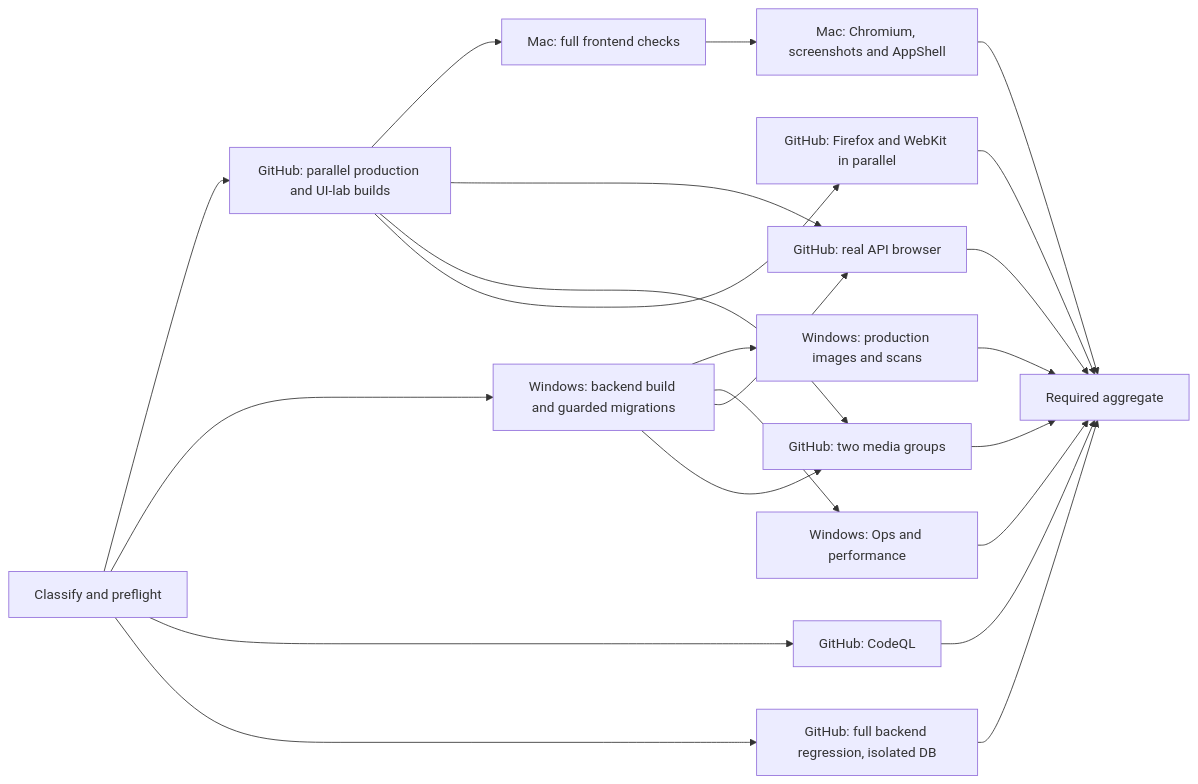
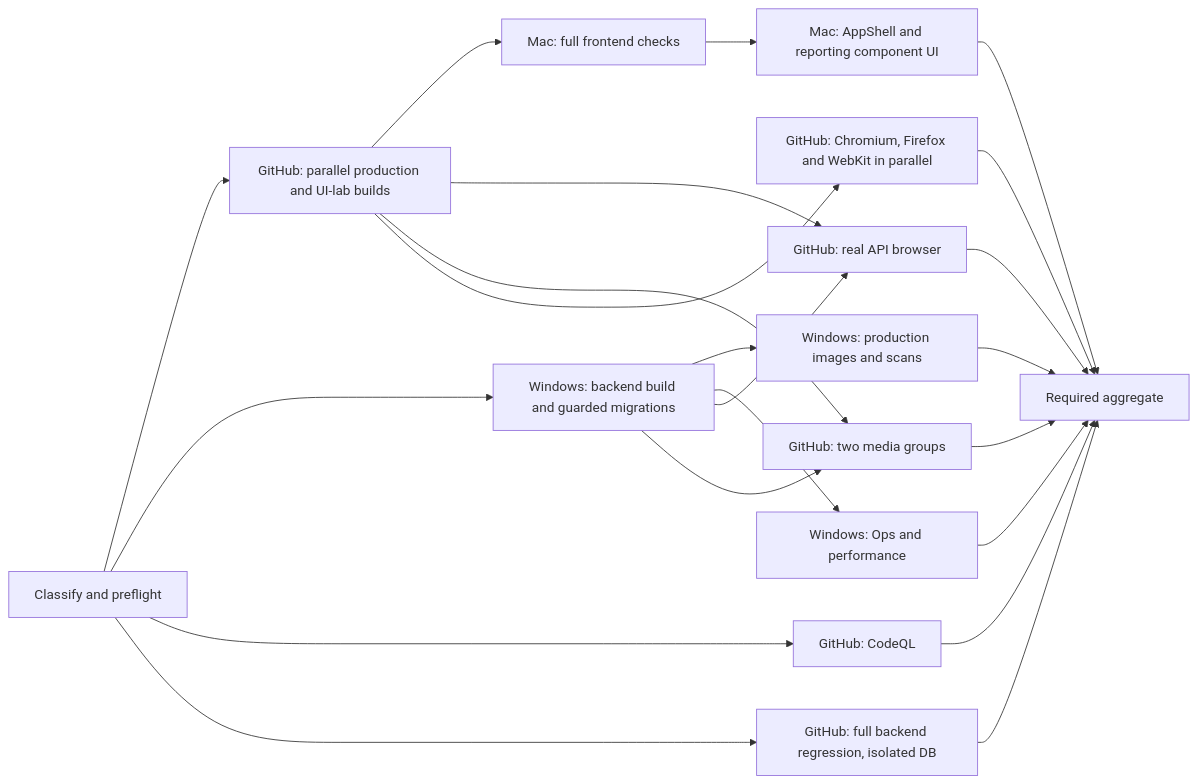
Before and after one commit to caohuibj/eduK12-new-version: the diagram in docs/ci-runner-policy.md, drawn with Mermaid. The commit also changed other lines of this file and 2 other files, not shown here.

Commit message:
ci: parallelize heavy Chromium matrices while keeping Mac component checks

````diff
--- a/docs/ci-runner-policy.md
+++ b/docs/ci-runner-policy.md
@@ -34,24 +34,24 @@
 ```mermaid
 flowchart LR
   S[Classify and preflight] --> FB[GitHub: parallel production and UI-lab builds]
   FB --> FC[Mac: full frontend checks]
-  FC --> UI[Mac: Chromium, screenshots and AppShell]
+  FC --> UI[Mac: AppShell and reporting component UI]
   S --> BB[Windows: backend build and guarded migrations]
   BB --> IM[Windows: production images and scans]
   BB --> OP[Windows: Ops and performance]
   S --> Q[GitHub: CodeQL]
   S --> R[GitHub: full backend regression, isolated DB]
   FB --> API[GitHub: real API browser]
   BB --> API
   FB --> ME[GitHub: two media groups]
   BB --> ME
-  FB --> FF[GitHub: Firefox and WebKit in parallel]
+  FB --> FF[GitHub: Chromium, Firefox and WebKit in parallel]
   UI --> G[Required aggregate]
   IM --> G
   OP --> G
   Q --> G
   R --> G
   API --> G
   ME --> G
   FF --> G
 ```
````
